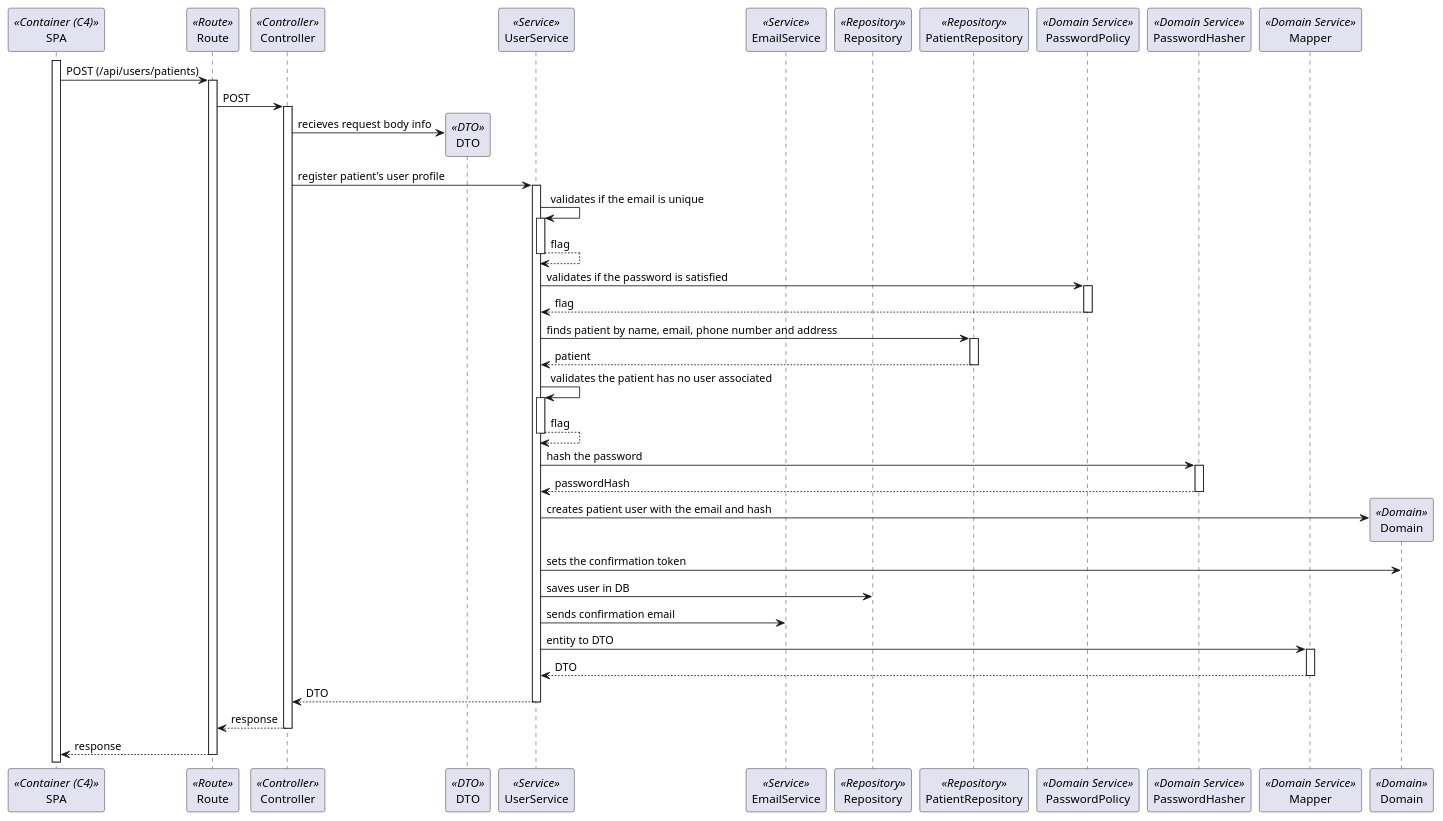
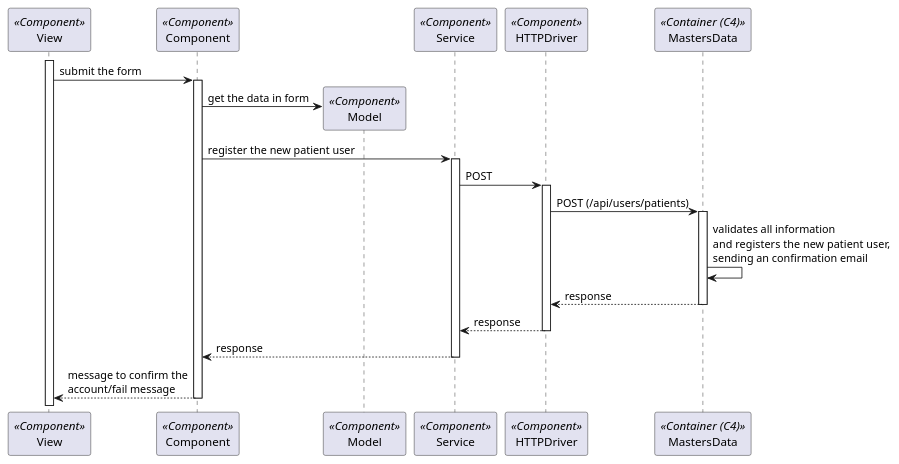
One commit to Rodrick0209/ISEP-SEM5PI-24-25 changed the diagram in docs/Sprint_2/Backoffice/US_6.2.1/L3/Process_View_Prior_Confirmation.puml. Above: the diagram before and after it, drawn with PlantUML. The commit also changed 19 other files, not shown here.

Commit message:
Updated level 3 diagrams for SPA adaptation #25

```diff
--- a/docs/Sprint_2/Backoffice/US_6.2.1/L3/Process_View_Prior_Confirmation.puml
+++ b/docs/Sprint_2/Backoffice/US_6.2.1/L3/Process_View_Prior_Confirmation.puml
@@ -2,50 +2,25 @@
 @startuml Process_View_Prior_Confirmation
-participant SPA as FE <<Container (C4)>>
-participant Route as Route <<Route>>
-participant Controller as Controller <<Controller>>
-participant DTO as DTO <<DTO>>
-participant UserService as Service <<Service>>
-participant EmailService as EmailService <<Service>>
-participant Repository as Repository <<Repository>>
-participant PatientRepository as PatientRepository <<Repository>> 
-participant PasswordPolicy as Policy <<Domain Service>>
-participant PasswordHasher as Hasher <<Domain Service>>
-participant Mapper as Mapper <<Domain Service>>
-participant Domain as Domain <<Domain>>
-activate FE
-FE -> Route: POST (/api/users/patients)
-activate Route
-Route -> Controller : POST
-activate Controller
-Controller -> DTO** : recieves request body info
-Controller -> Service : register patient's user profile
+participant View as View <<Component>>
+participant Component as Component <<Component>>
+participant Model as Model <<Component>>
+participant Service as Service <<Component>>
+participant HTTPDriver as HTTPDriver <<Component>>
+participant MastersData as BE <<Container (C4)>>
+
+activate View
+View -> Component: submit the form
+activate Component
+Component -> Model**: get the data in form
+Component -> Service: register the new patient user
 activate Service
-Service -> Service : validates if the email is unique
-activate Service
-return flag
-Service -> Policy : validates if the password is satisfied
-activate Policy
-return flag
-Service -> PatientRepository : finds patient by name, email, phone number and address
-activate PatientRepository
-return patient
-Service -> Service : validates the patient has no user associated
-activate Service
-return flag
-Service -> Hasher : hash the password
-activate Hasher
-return passwordHash
-Service -> Domain** : creates patient user with the email and hash
-Service -> Domain : sets the confirmation token
-Service -> Repository : saves user in DB
-Service -> EmailService : sends confirmation email
-Service -> Mapper : entity to DTO
-activate Mapper
-return DTO
-return DTO
+Service -> HTTPDriver: POST
+activate HTTPDriver
+HTTPDriver -> BE: POST (/api/users/patients)
+activate BE
+BE -> BE: validates all information\nand registers the new patient user,\nsending an confirmation email
 return response
 return response
-deactivate Route
-
+return response
+return message to confirm the\naccount/fail message
 
 @enduml
```
